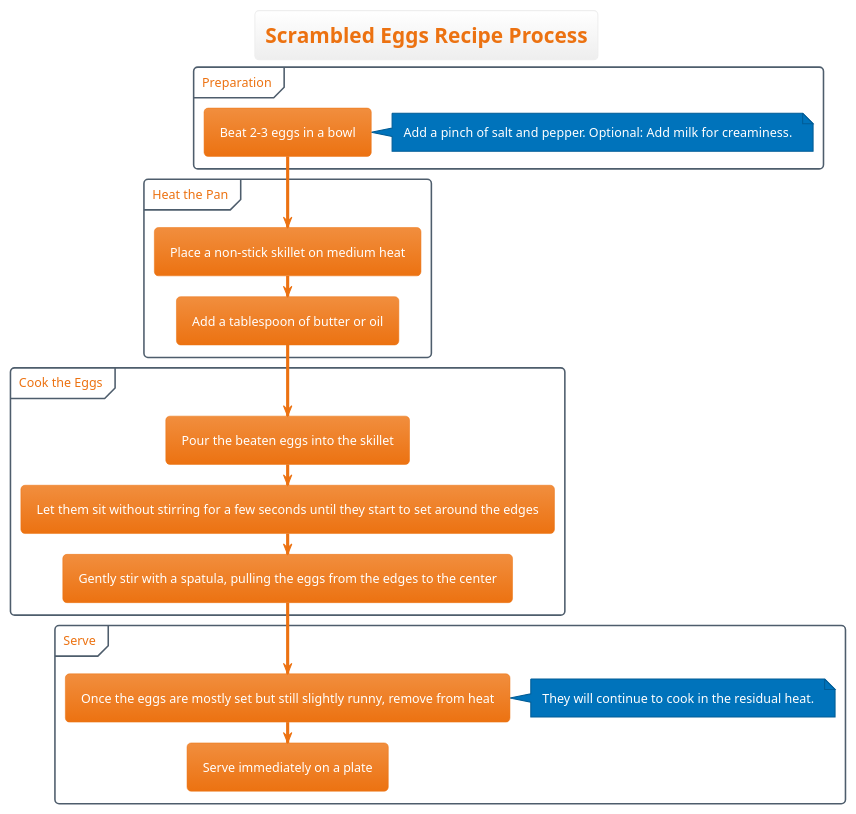
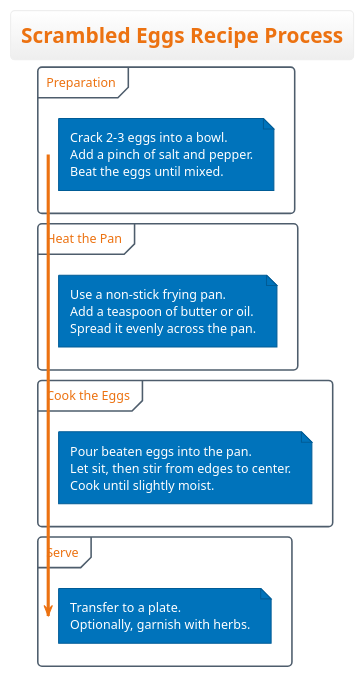
One commit to GrandPurpleOcelot/prompt_to_diagram changed the diagram in diagrams/output.puml. Above: the diagram before and after it, drawn with PlantUML. The commit also changed 2 other files, not shown here.

Commit message:
update the PlantUML code display

```diff
--- a/diagrams/output.puml
+++ b/diagrams/output.puml
@@ -1,28 +1,37 @@
 @startuml
 !theme aws-orange
 
 title Scrambled Eggs Recipe Process
 
 group Preparation
-    :Beat 2-3 eggs in a bowl;
-    note right: Add a pinch of salt and pepper. Optional: Add milk for creaminess.
+note right
+  Crack 2-3 eggs into a bowl.
+  Add a pinch of salt and pepper.
+  Beat the eggs until mixed.
+end note
 end group
 
 group Heat the Pan
-    :Place a non-stick skillet on medium heat;
-    :Add a tablespoon of butter or oil;
+note right
+  Use a non-stick frying pan.
+  Add a teaspoon of butter or oil.
+  Spread it evenly across the pan.
+end note
 end group
 
 group Cook the Eggs
-    :Pour the beaten eggs into the skillet;
-    :Let them sit without stirring for a few seconds until they start to set around the edges;
-    :Gently stir with a spatula, pulling the eggs from the edges to the center;
+note right
+  Pour beaten eggs into the pan.
+  Let sit, then stir from edges to center.
+  Cook until slightly moist.
+end note
 end group
 
 group Serve
-    :Once the eggs are mostly set but still slightly runny, remove from heat;
-    note right: They will continue to cook in the residual heat.
-    :Serve immediately on a plate;
+note right
+  Transfer to a plate.
+  Optionally, garnish with herbs.
+end note
 end group
 
 @enduml
```
